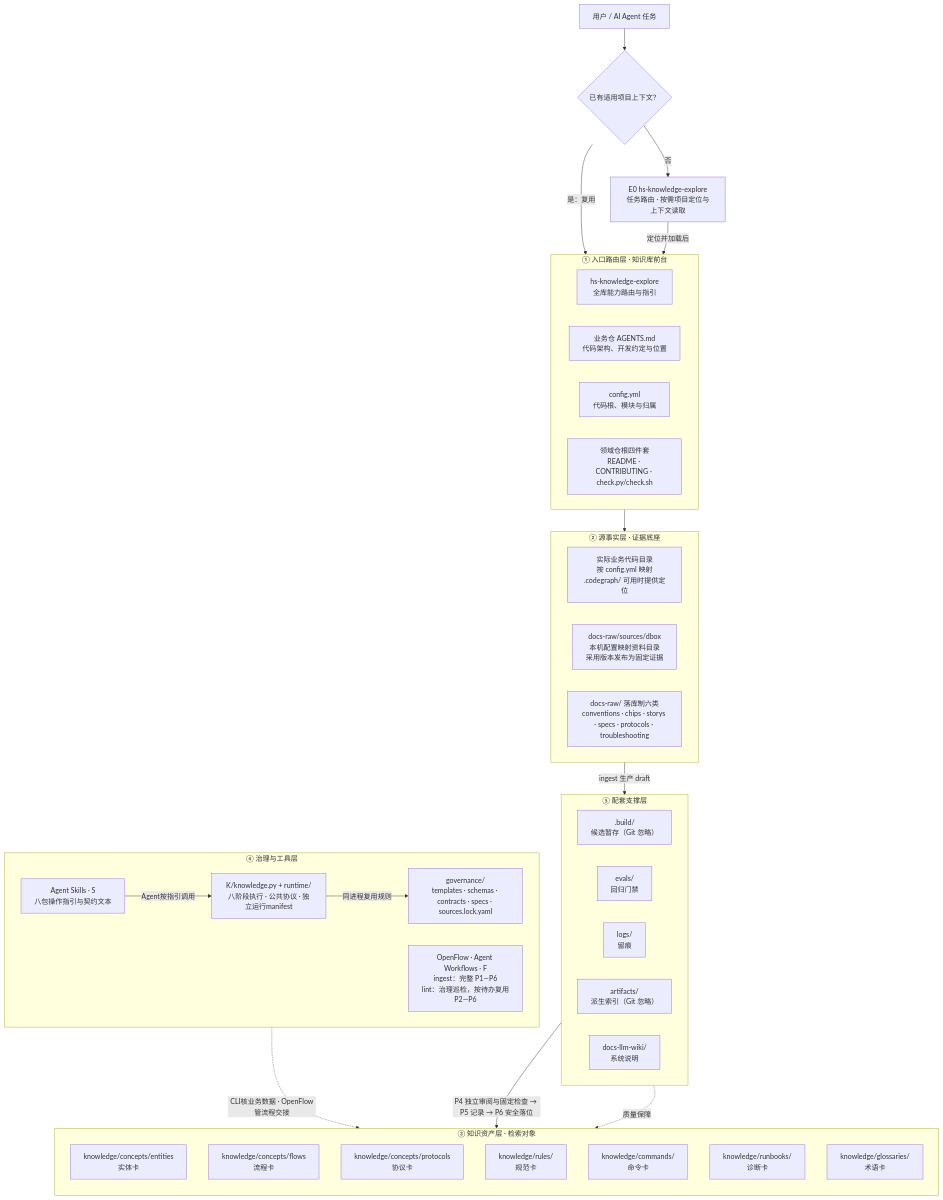
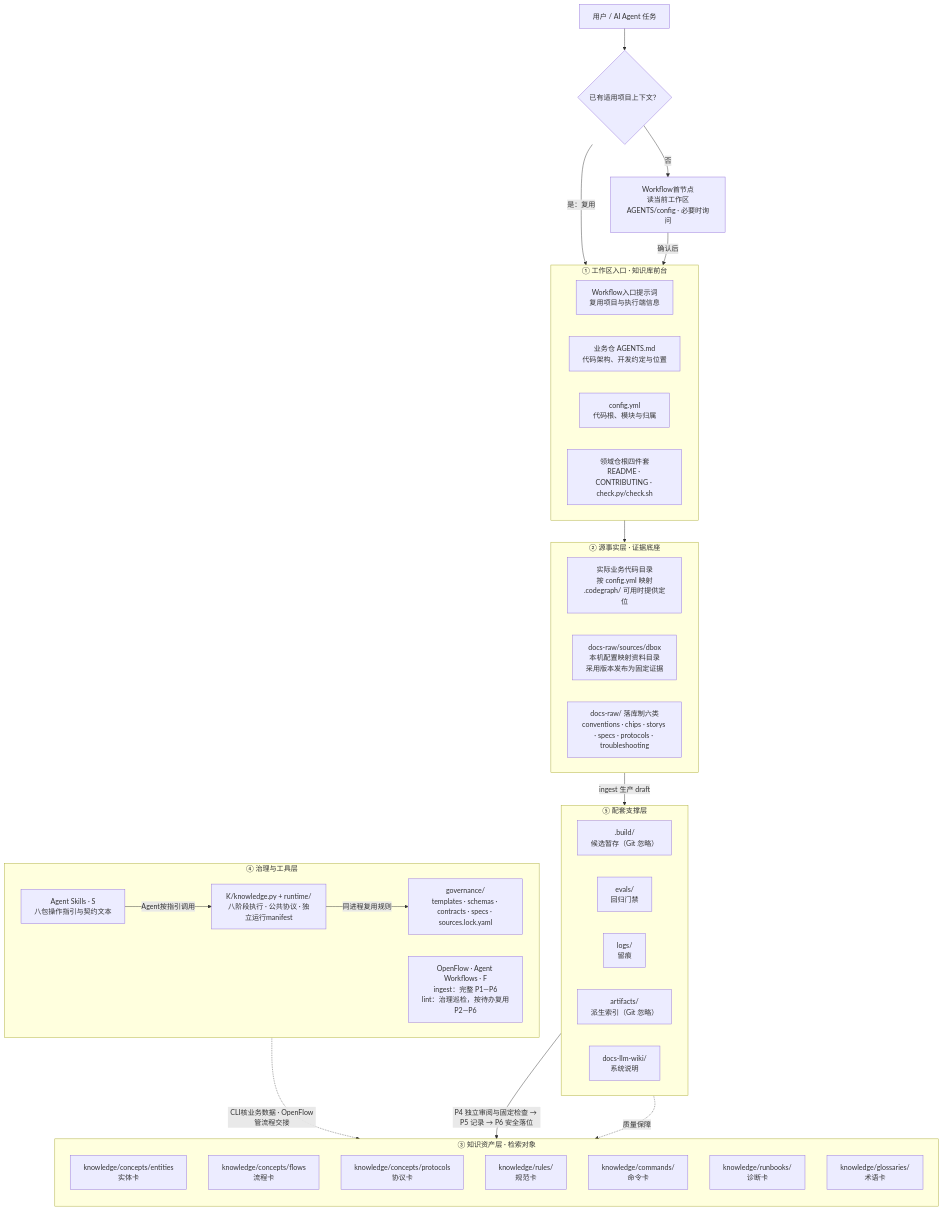
Before and after one commit to Robin-hhc/FactumCore: the second of 10 diagrams in himate/himate-knowledge-wifi-mp/docs-llm-wiki/HiMate知识库架构设计.md, drawn with Mermaid. The commit also changed other lines of this file and 62 other files, not shown here.

First line of the commit message:
refactor(knowledge): simplify workflow entry and retire explore skill

````diff
--- a/himate/himate-knowledge-wifi-mp/docs-llm-wiki/HiMate知识库架构设计.md
+++ b/himate/himate-knowledge-wifi-mp/docs-llm-wiki/HiMate知识库架构设计.md
@@ -211,61 +210,61 @@
 ```mermaid
 flowchart TB
     U["用户 / AI Agent 任务"]
     C0{"已有适用项目上下文？"}
-    E0["E0 hs-knowledge-explore<br />任务路由 · 按需项目定位与上下文读取"]
+    LOCATE["Workflow首节点<br />读当前工作区AGENTS/config · 必要时询问"]
 
-    subgraph S1["① 入口路由层 · 知识库前台"]
+    subgraph S1["① 工作区入口 · 知识库前台"]
         direction LR
-        A1["hs-knowledge-explore<br />全库能力路由与指引"]
+        A1["Workflow入口提示词<br />复用项目与执行端信息"]
         A2["业务仓 AGENTS.md<br />代码架构、开发约定与位置"]
         A3["config.yml<br />代码根、模块与归属"]
         A4["领域仓根四件套<br />README · CONTRIBUTING · check.py/check.sh"]
     end
 
     subgraph S2["② 源事实层 · 证据底座"]
         direction LR
         B1["实际业务代码目录<br />按 config.yml 映射<br />.codegraph/ 可用时提供定位"]
         B2["docs-raw/sources/dbox<br />本机配置映射资料目录<br />采用版本发布为固定证据"]
         B3["docs-raw/ 落库制六类<br />conventions · chips · storys · specs · protocols · troubleshooting"]
     end
 
     subgraph S3["③ 知识资产层 · 检索对象"]
         direction TB
         C1["knowledge/concepts/entities<br />实体卡"]
         C2["knowledge/concepts/flows<br />流程卡"]
         C3["knowledge/concepts/protocols<br />协议卡"]
         C4["knowledge/rules/<br />规范卡"]
         C5["knowledge/commands/<br />命令卡"]
         C6["knowledge/runbooks/<br />诊断卡"]
         C7["knowledge/glossaries/<br />术语卡"]
     end
 
     subgraph S4["④ 治理与工具层"]
         direction LR
         D1["governance/<br />templates · schemas · contracts · specs · sources.lock.yaml"]
         D2["Agent Skills · S<br />八包操作指引与契约文本"]
         D4["K/knowledge.py + runtime/<br />八阶段执行 · 公共协议 · 独立运行manifest"]
         D3["OpenFlow · Agent Workflows · F<br />ingest：完整 P1—P6<br />lint：治理巡检，按待办复用P2—P6"]
     end
 
     subgraph S5["⑤ 配套支撑层"]
         direction LR
         E1[".build/<br />候选暂存（Git 忽略）"]
         E2["evals/<br />回归门禁"]
         E3["logs/<br />留痕"]
         E4["artifacts/<br />派生索引（Git 忽略）"]
         E5["docs-llm-wiki/<br />系统说明"]
     end
 
     U --> C0
     C0 -->|"是：复用"| S1
-    C0 -->|"否"| E0
-    E0 -->|"定位并加载后"| S1
+    C0 -->|"否"| LOCATE
+    LOCATE -->|"确认后"| S1
     S1 --> S2
     S2 -->|"ingest 生产 draft"| E1
     E1 -->|"P4 独立审阅与固定检查 → P5 记录 → P6 安全落位"| S3
     D2 -->|"Agent按指引调用"| D4
     D4 -->|"同进程复用规则"| D1
     S4 -.->|"CLI核业务数据 · OpenFlow管流程交接"| S3
     S5 -.->|"质量保障"| S3
 ```
````
